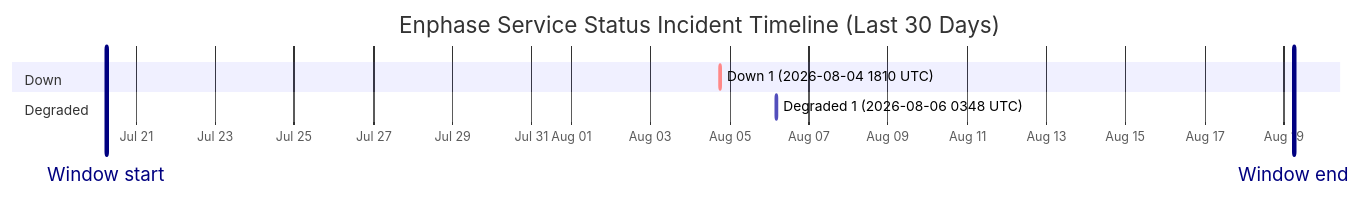
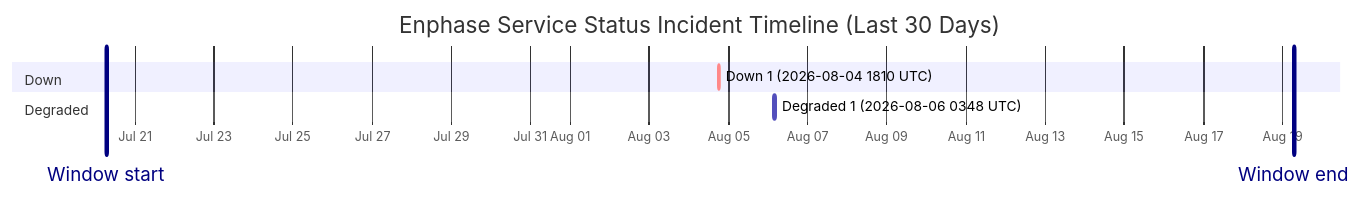
Before and after one commit to barneyonline/ha-enphase-energy: the diagram in wiki/Service-Status-History.md, drawn with Mermaid. The commit also changed other lines of this file and 3 other files, not shown here.

````diff
--- a/wiki/Service-Status-History.md
+++ b/wiki/Service-Status-History.md
@@ -14,12 +14,12 @@
 ```mermaid
 gantt
     title Enphase Service Status Incident Timeline (Last 30 Days)
     dateFormat  YYYY-MM-DDTHH:mm:ss
     axisFormat  %b %d
-    Window start :vert, window-start, 2026-07-20T05:56:49, 0ms
-    Window end :vert, window-end, 2026-08-19T05:56:49, 0ms
+    Window start :vert, window-start, 2026-07-20T06:48:52, 0ms
+    Window end :vert, window-end, 2026-08-19T06:48:52, 0ms
     section Down
     Down 1 (2026-08-04 1810 UTC) :crit, down-1, 2026-08-04T18:10:46, 60m
     section Degraded
     Degraded 1 (2026-08-06 0348 UTC) :active, degraded-1, 2026-08-06T03:48:14, 60m
 ```
````
